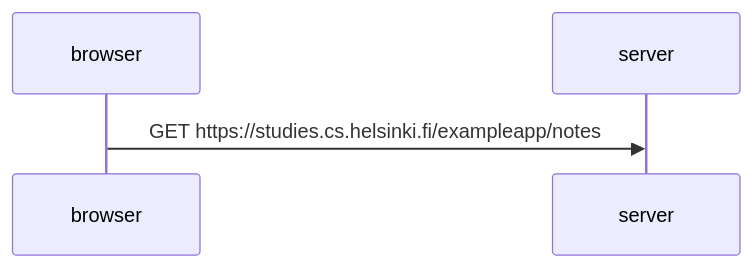
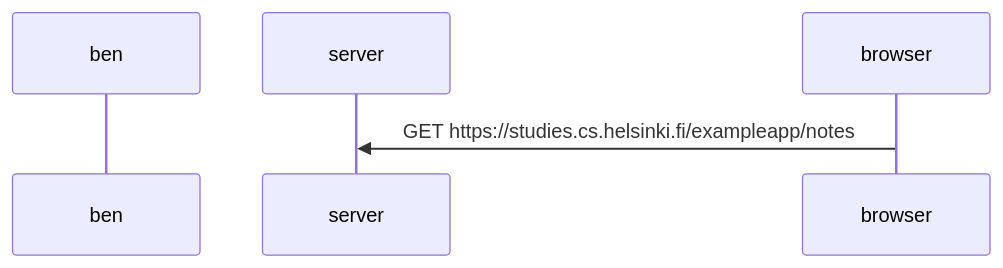
The diagram in 04-ex.md (DominikDodo/fullstack), drawn with Mermaid before and after one commit.

````diff
--- a/04-ex.md
+++ b/04-ex.md
@@ -1,8 +1,8 @@
 ```mermaid
 sequenceDiagram
-    participant browser
+    participant ben
     participant server
 
     browser->>server: GET https://studies.cs.helsinki.fi/exampleapp/notes
     activate server
 ```
````
